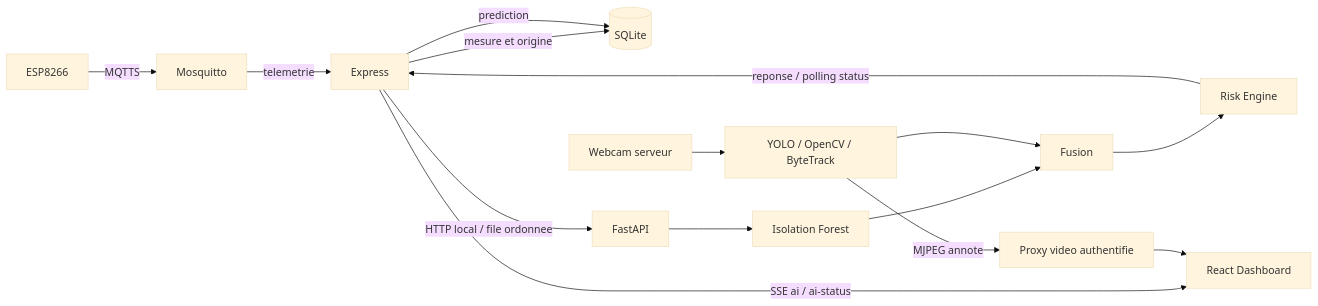
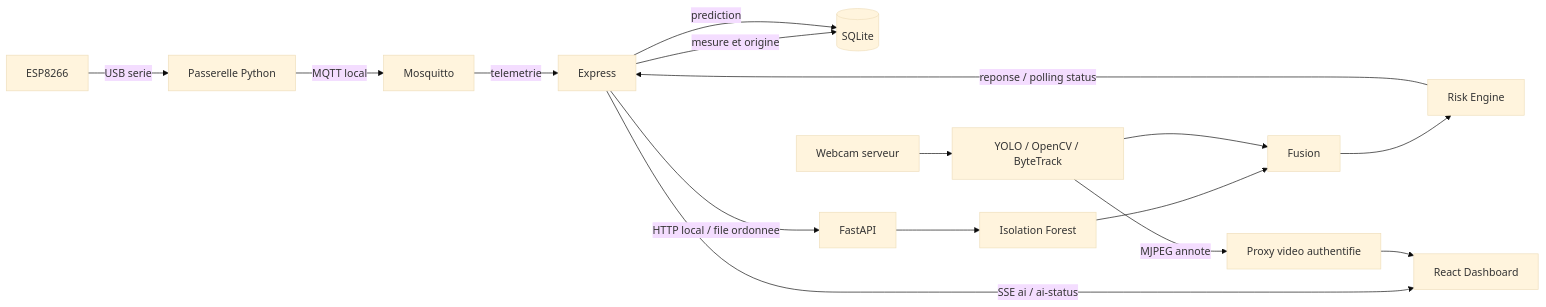
One commit to alexkjzz/workshop changed the diagram in docs/AI_IMPLEMENTATION.md. Above: the diagram before and after it, drawn with Mermaid (base theme). The commit also changed other lines of this file and 19 other files, not shown here.

````diff
--- a/docs/AI_IMPLEMENTATION.md
+++ b/docs/AI_IMPLEMENTATION.md
@@ -14,17 +15,18 @@
 ```mermaid
 flowchart LR
-    ESP[ESP8266] -->|MQTTS| MQTT[Mosquitto]
+    ESP[ESP8266] -->|USB serie| Bridge[Passerelle Python]
+    Bridge -->|MQTT local| MQTT[Mosquitto]
     MQTT -->|telemetrie| API[Express]
     API -->|mesure et origine| DB[(SQLite)]
     API -->|HTTP local / file ordonnee| Python[FastAPI]
     Python --> IF[Isolation Forest]
     USB[Webcam serveur] --> CV[YOLO / OpenCV / ByteTrack]
     IF --> Fusion[Fusion]
     CV --> Fusion
     Fusion --> Risk[Risk Engine]
     Risk -->|reponse / polling status| API
     API -->|prediction| DB
     API -->|SSE ai / ai-status| UI[React Dashboard]
     CV -->|MJPEG annote| Proxy[Proxy video authentifie]
     Proxy --> UI
 ```
````
